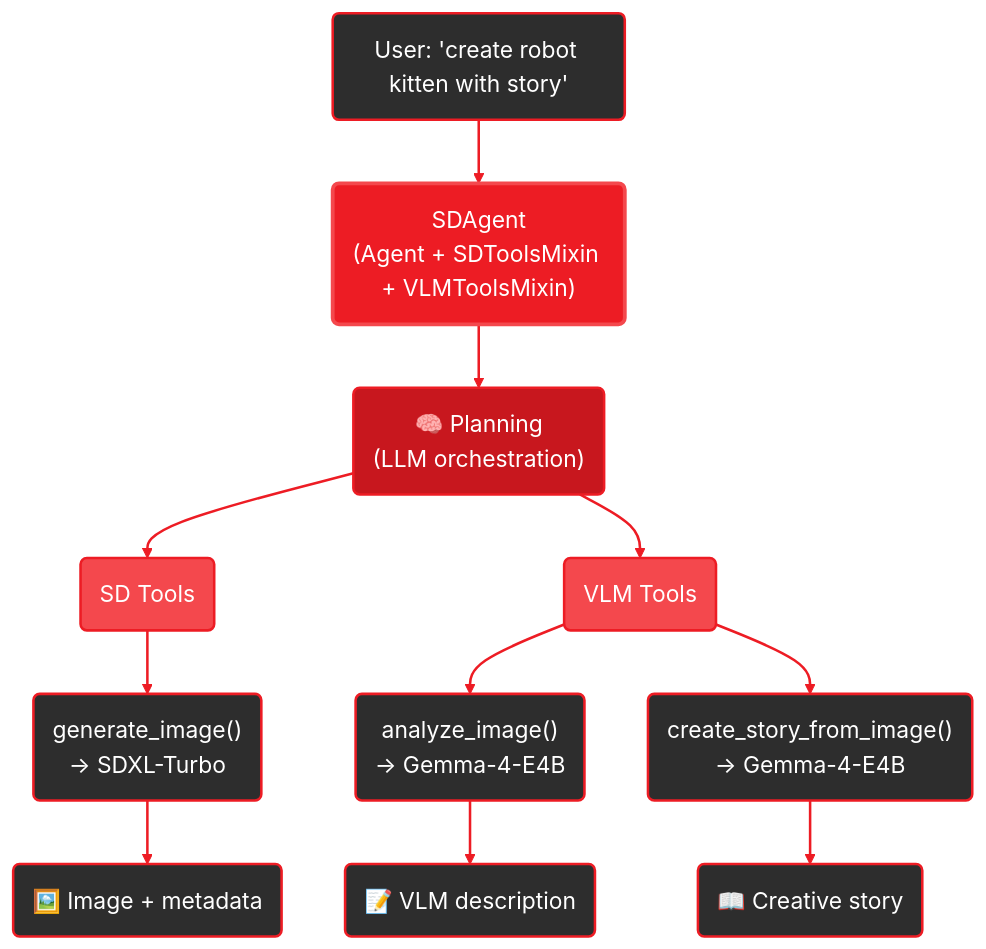
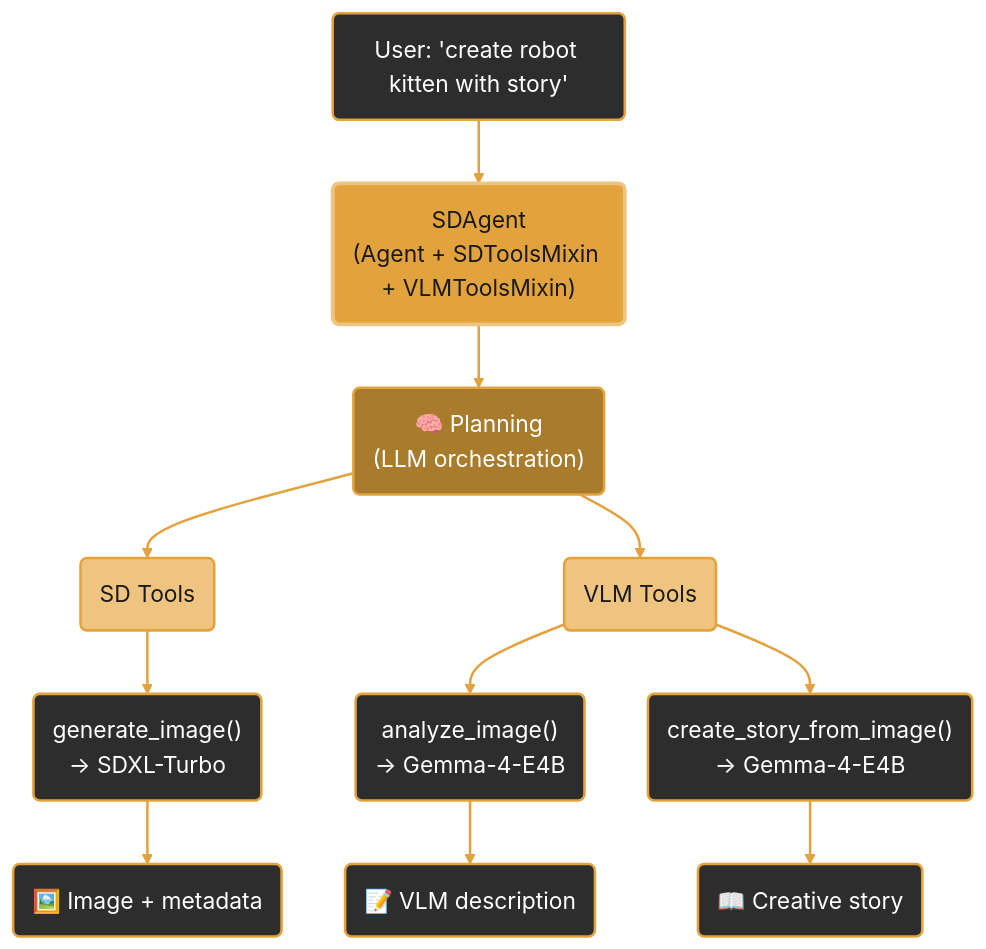
Before and after one commit to amd/gaia: the diagram in docs/guides/sd.mdx, drawn with Mermaid. The commit also changed 37 other files, not shown here.

````diff
--- a/docs/guides/sd.mdx
+++ b/docs/guides/sd.mdx
@@ -98,35 +98,35 @@
 ```mermaid
-%%{init: {'theme':'base', 'themeVariables': { 'primaryColor':'#ED1C24', 'fontSize':'18px', 'lineColor':'#ED1C24', 'primaryTextColor':'#fff', 'edgeLabelBackground':'#1a1a1a'}, 'flowchart': {'curve': 'basis'}}}%%
+%%{init: {'theme':'base', 'themeVariables': { 'primaryColor':'#E2A33E', 'fontSize':'18px', 'lineColor':'#E2A33E', 'primaryTextColor':'#1a1a1a', 'edgeLabelBackground':'#1a1a1a'}, 'flowchart': {'curve': 'basis'}}}%%
 graph TB
     User("User: 'create robot kitten with story'")
     Agent("SDAgent<br/>(Agent + SDToolsMixin + VLMToolsMixin)")
     Plan("🧠 Planning<br/>(LLM orchestration)")
 
     User --> Agent
     Agent --> Plan
 
     Plan --> SDTools("SD Tools")
     SDTools --> GenImg("generate_image()<br/>→ SDXL-Turbo")
     GenImg --> Output("🖼️ Image + metadata")
 
     Plan --> VLMTools("VLM Tools")
     VLMTools --> Analyze("analyze_image()<br/>→ Gemma-4-E4B")
     Analyze --> Output2("📝 VLM description")
 
     VLMTools --> Story("create_story_from_image()<br/>→ Gemma-4-E4B")
     Story --> Output3("📖 Creative story")
 
-    style User fill:#2d2d2d,stroke:#ED1C24,stroke-width:2px,color:#fff
-    style Agent fill:#ED1C24,stroke:#F4484D,stroke-width:3px,color:#fff
-    style Plan fill:#C8171E,stroke:#ED1C24,stroke-width:2px,color:#fff
-    style SDTools fill:#F4484D,stroke:#ED1C24,stroke-width:2px,color:#fff
-    style VLMTools fill:#F4484D,stroke:#ED1C24,stroke-width:2px,color:#fff
-    style GenImg fill:#2d2d2d,stroke:#ED1C24,stroke-width:2px,color:#fff
-    style Analyze fill:#2d2d2d,stroke:#ED1C24,stroke-width:2px,color:#fff
-    style Story fill:#2d2d2d,stroke:#ED1C24,stroke-width:2px,color:#fff
-    style Output fill:#2d2d2d,stroke:#ED1C24,stroke-width:2px,color:#fff
-    style Output2 fill:#2d2d2d,stroke:#ED1C24,stroke-width:2px,color:#fff
-    style Output3 fill:#2d2d2d,stroke:#ED1C24,stroke-width:2px,color:#fff
+    style User fill:#2d2d2d,stroke:#E2A33E,stroke-width:2px,color:#fff
+    style Agent fill:#E2A33E,stroke:#EFC480,stroke-width:3px,color:#1a1a1a
+    style Plan fill:#A87B2D,stroke:#E2A33E,stroke-width:2px,color:#fff
+    style SDTools fill:#EFC480,stroke:#E2A33E,stroke-width:2px,color:#1a1a1a
+    style VLMTools fill:#EFC480,stroke:#E2A33E,stroke-width:2px,color:#1a1a1a
+    style GenImg fill:#2d2d2d,stroke:#E2A33E,stroke-width:2px,color:#fff
+    style Analyze fill:#2d2d2d,stroke:#E2A33E,stroke-width:2px,color:#fff
+    style Story fill:#2d2d2d,stroke:#E2A33E,stroke-width:2px,color:#fff
+    style Output fill:#2d2d2d,stroke:#E2A33E,stroke-width:2px,color:#fff
+    style Output2 fill:#2d2d2d,stroke:#E2A33E,stroke-width:2px,color:#fff
+    style Output3 fill:#2d2d2d,stroke:#E2A33E,stroke-width:2px,color:#fff
 
-    linkStyle default stroke:#ED1C24,stroke-width:2px
+    linkStyle default stroke:#E2A33E,stroke-width:2px
 ```
````
